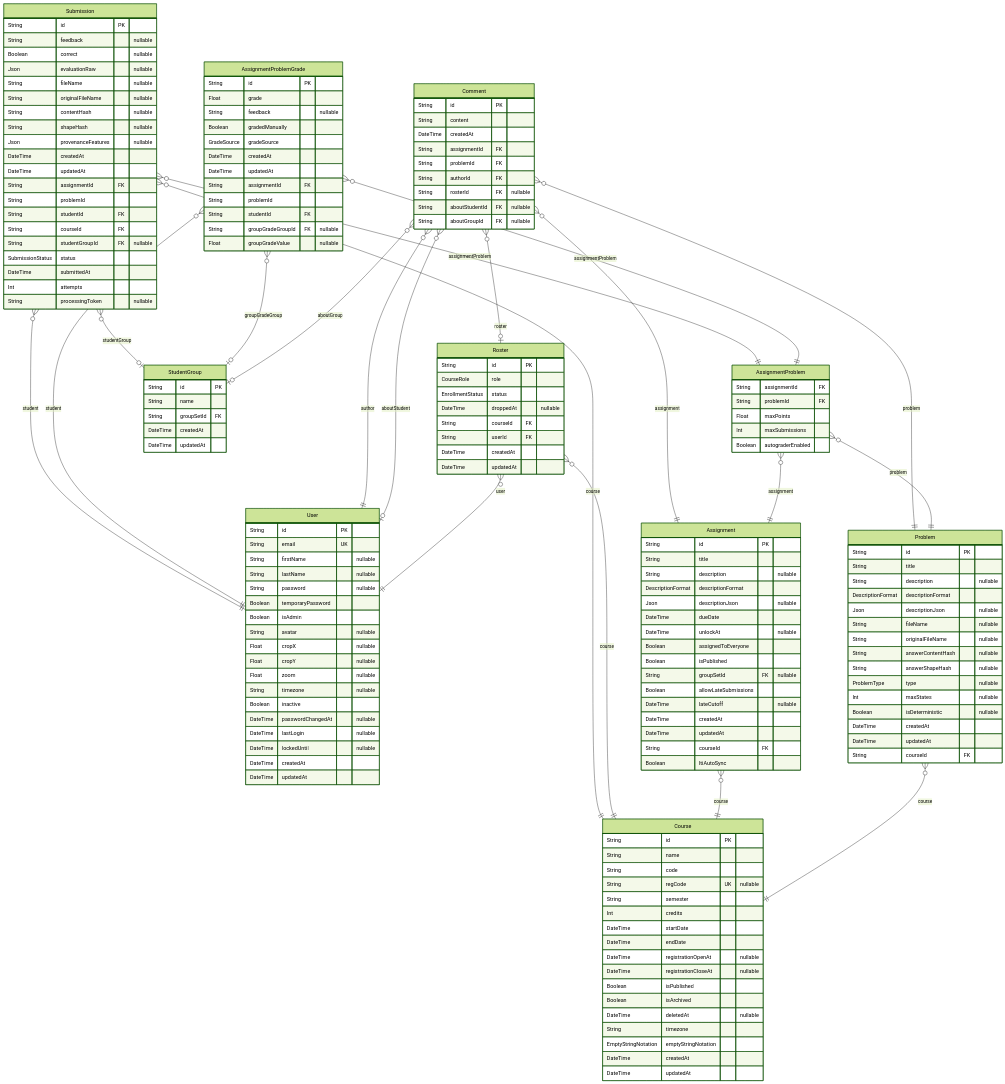
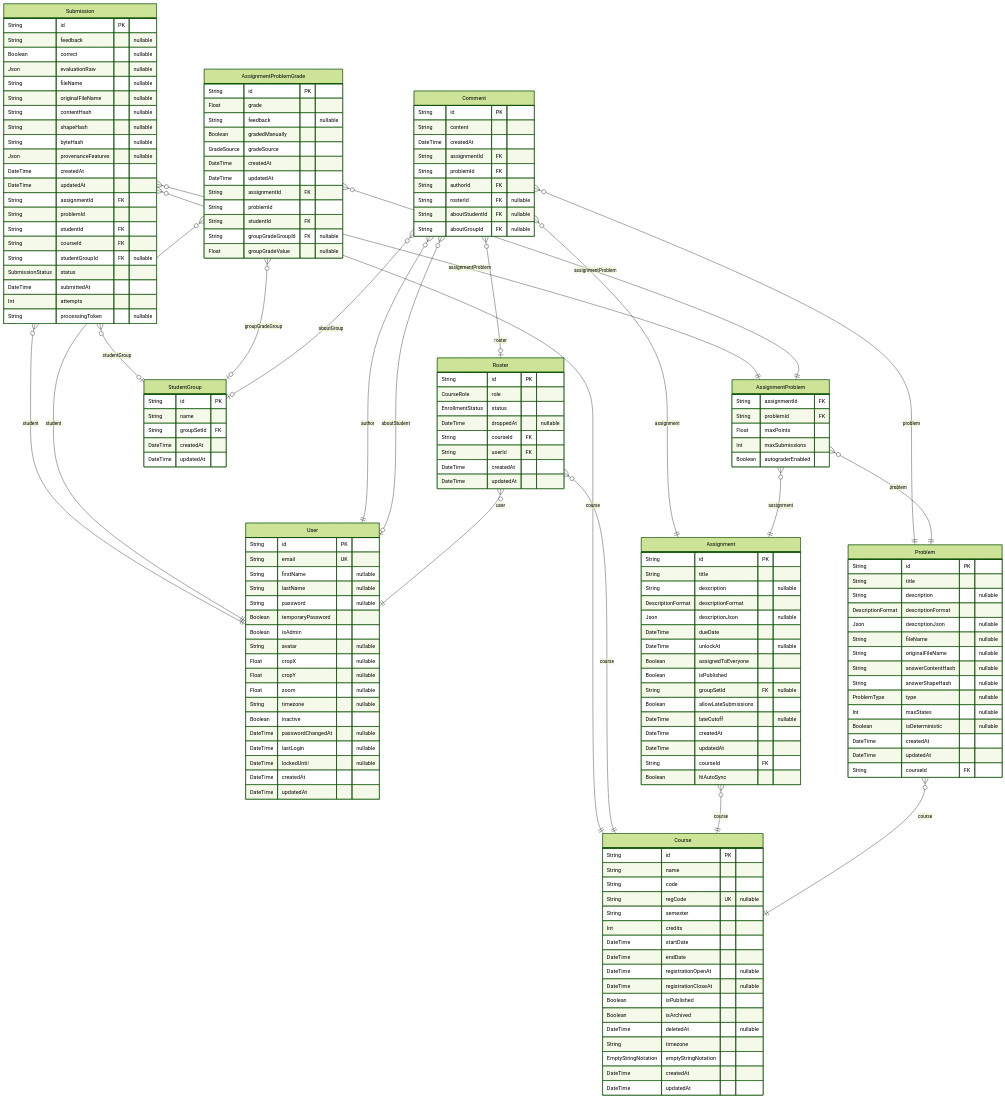
The fifth of 6 diagrams in docs-site/docs/reference/database-schema.md (PennStateCS/AFCT), drawn with Mermaid (forest theme) before and after one commit. The commit also changed other lines of this file and 6 other files, not shown here.

```diff
--- a/docs-site/docs/reference/database-schema.md
+++ b/docs-site/docs/reference/database-schema.md
@@ -1228,6 +1228,7 @@
   String originalFileName "nullable"
   String contentHash "nullable"
   String shapeHash "nullable"
+  String byteHash "nullable"
   Json provenanceFeatures "nullable"
   DateTime createdAt
   DateTime updatedAt
```
